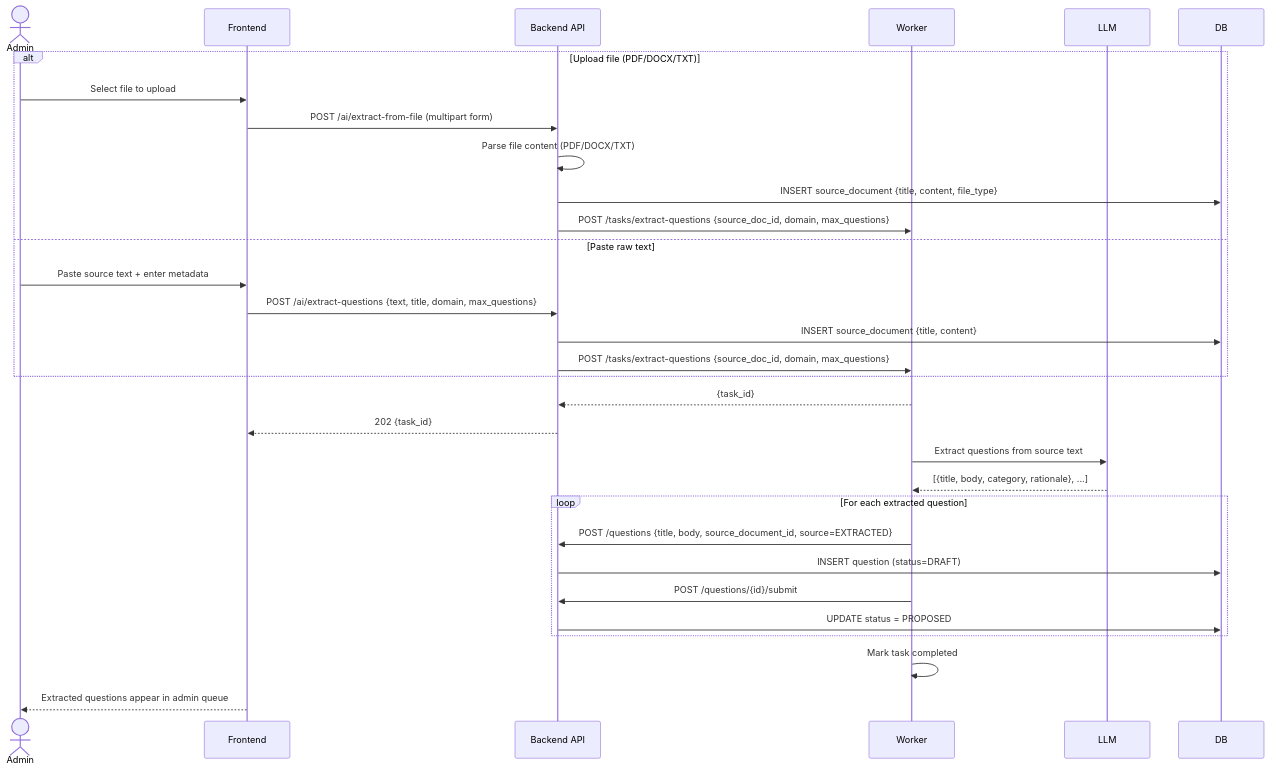
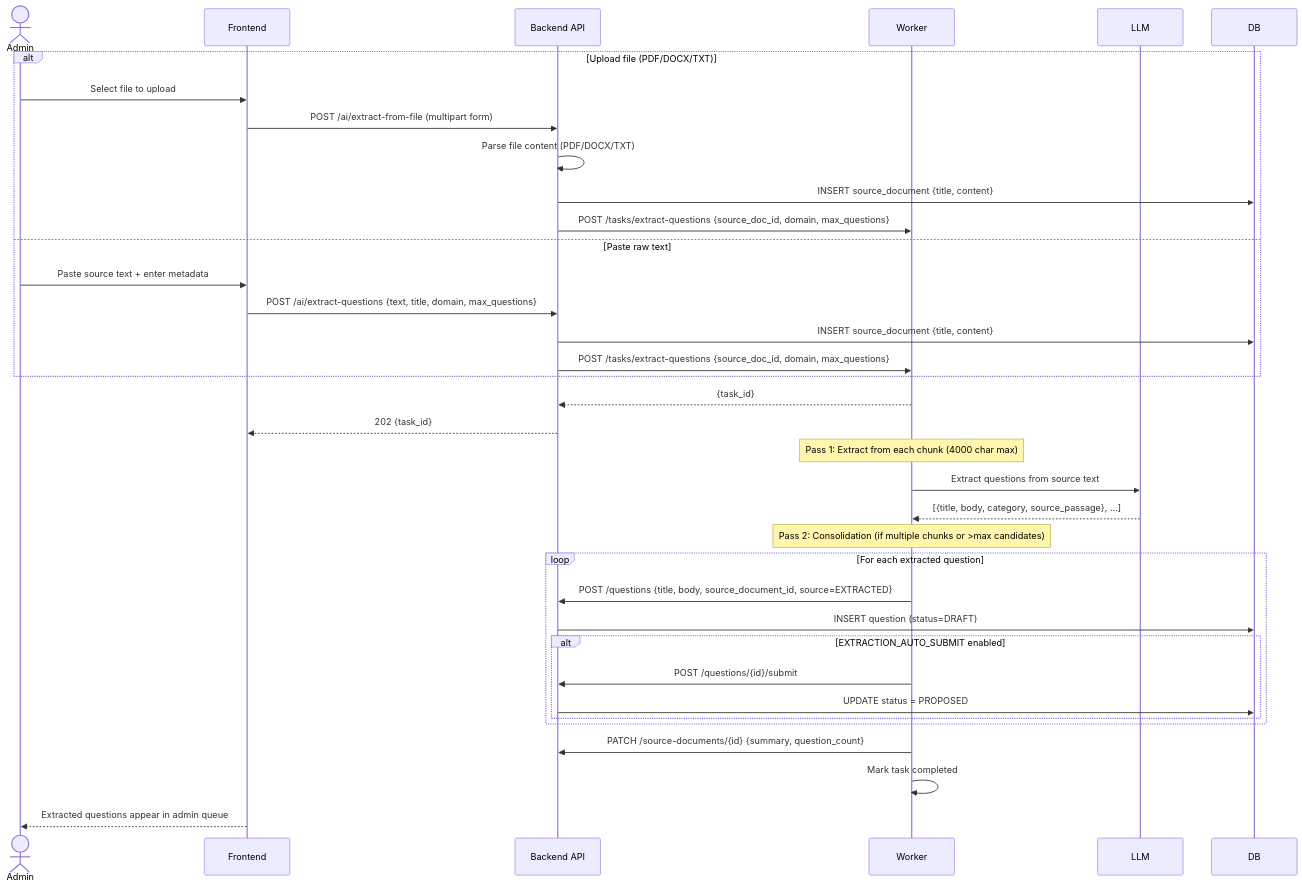
Before and after one commit to keytech42/tacit-knowledge-elicitation: diagram 12 of 17 in docs/sequence-diagrams.md, drawn with Mermaid. The commit also changed other lines of this file, not shown here.

First line of the commit message:
Fix sequence diagram inaccuracies and add state machine notes

````diff
--- a/docs/sequence-diagrams.md
+++ b/docs/sequence-diagrams.md
@@ -473,38 +491,45 @@
 ```mermaid
 sequenceDiagram
     actor Admin
     participant Frontend
     participant Backend as Backend API
     participant Worker
     participant LLM
     participant DB
 
     alt Upload file (PDF/DOCX/TXT)
         Admin->>Frontend: Select file to upload
         Frontend->>Backend: POST /ai/extract-from-file (multipart form)
         Backend->>Backend: Parse file content (PDF/DOCX/TXT)
-        Backend->>DB: INSERT source_document {title, content, file_type}
+        Backend->>DB: INSERT source_document {title, content}
         Backend->>Worker: POST /tasks/extract-questions {source_doc_id, domain, max_questions}
     else Paste raw text
         Admin->>Frontend: Paste source text + enter metadata
         Frontend->>Backend: POST /ai/extract-questions {text, title, domain, max_questions}
         Backend->>DB: INSERT source_document {title, content}
         Backend->>Worker: POST /tasks/extract-questions {source_doc_id, domain, max_questions}
     end
 
     Worker-->>Backend: {task_id}
     Backend-->>Frontend: 202 {task_id}
 
+    Note over Worker: Pass 1: Extract from each chunk (4000 char max)
+
     Worker->>LLM: Extract questions from source text
-    LLM-->>Worker: [{title, body, category, rationale}, ...]
+    LLM-->>Worker: [{title, body, category, source_passage}, ...]
+
+    Note over Worker: Pass 2: Consolidation (if multiple chunks or >max candidates)
 
     loop For each extracted question
         Worker->>Backend: POST /questions {title, body, source_document_id, source=EXTRACTED}
         Backend->>DB: INSERT question (status=DRAFT)
-        Worker->>Backend: POST /questions/{id}/submit
-        Backend->>DB: UPDATE status = PROPOSED
+        alt EXTRACTION_AUTO_SUBMIT enabled
+            Worker->>Backend: POST /questions/{id}/submit
+            Backend->>DB: UPDATE status = PROPOSED
+        end
     end
 
+    Worker->>Backend: PATCH /source-documents/{id} {summary, question_count}
     Worker->>Worker: Mark task completed
     Frontend-->>Admin: Extracted questions appear in admin queue
 ```
````
